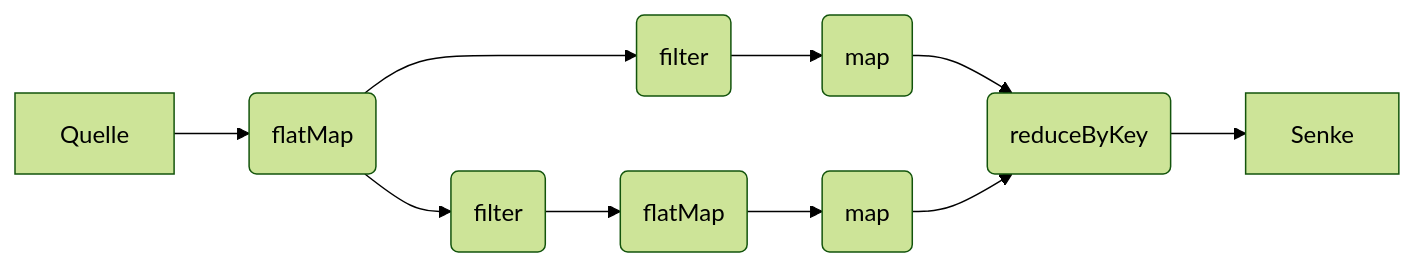
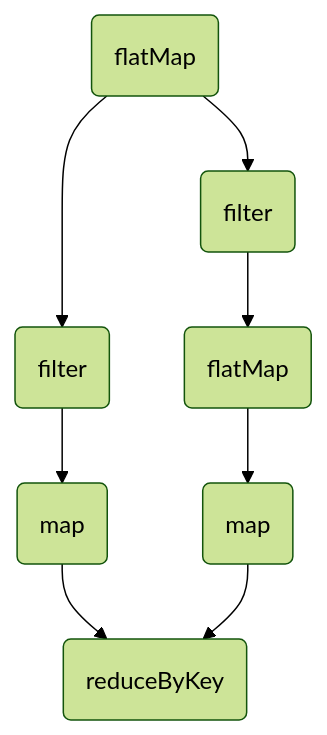
One commit to patmanteau/mbb-bdia-flinkspark changed the first of 5 diagrams in index.qmd. Above: the diagram before and after it, drawn with Mermaid (forest theme). The commit also changed other lines of this file, not shown here.

````diff
--- a/index.qmd
+++ b/index.qmd
@@ -36,5 +46,5 @@
 ```{mermaid}
-flowchart LR
-    id10[Quelle] --> id1(flatMap) --> id6(filter) --> id2(map) --> id3(reduceByKey) --> id11[Senke]
+flowchart TD
+    id1(flatMap) --> id6(filter) --> id2(map) --> id3(reduceByKey)
     id1 --> id4(filter) --> id99(flatMap) --> id5(map) --> id3
 ```
````
